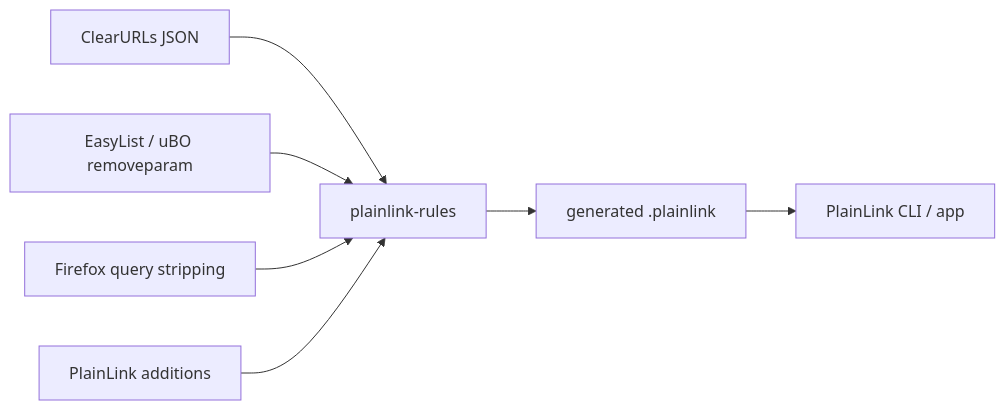
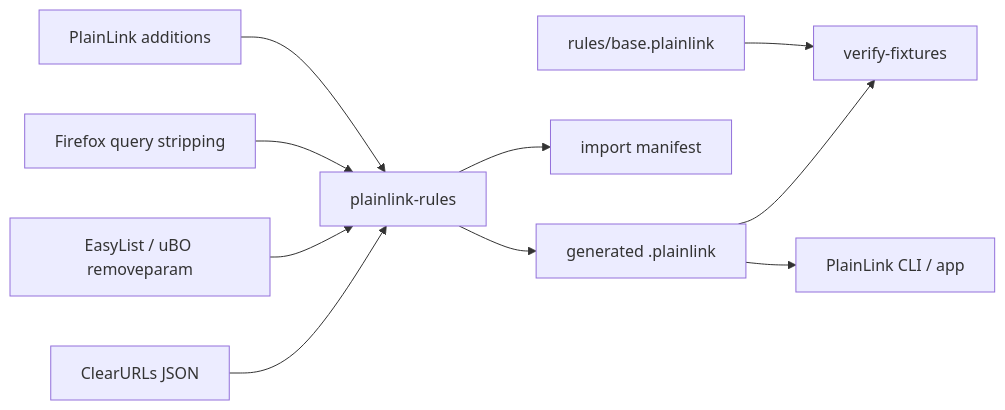
The diagram in docs/RULE_SOURCES.md (HexCodeYT/PlainLink), drawn with Mermaid before and after one commit. The commit also changed other lines of this file and 6 other files, not shown here.

````diff
--- a/docs/RULE_SOURCES.md
+++ b/docs/RULE_SOURCES.md
@@ -5,9 +5,12 @@
 ```mermaid
 flowchart LR
     ClearURLs["ClearURLs JSON"] --> Compiler["plainlink-rules"]
     EasyList["EasyList / uBO removeparam"] --> Compiler
     Firefox["Firefox query stripping"] --> Compiler
     Local["PlainLink additions"] --> Compiler
     Compiler --> Generated["generated .plainlink"]
+    Compiler --> Manifest["import manifest"]
+    Generated --> Gate["verify-fixtures"]
+    Base["rules/base.plainlink"] --> Gate
     Generated --> Runtime["PlainLink CLI / app"]
 ```
````
